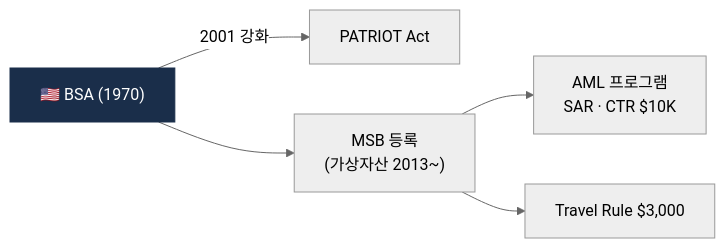
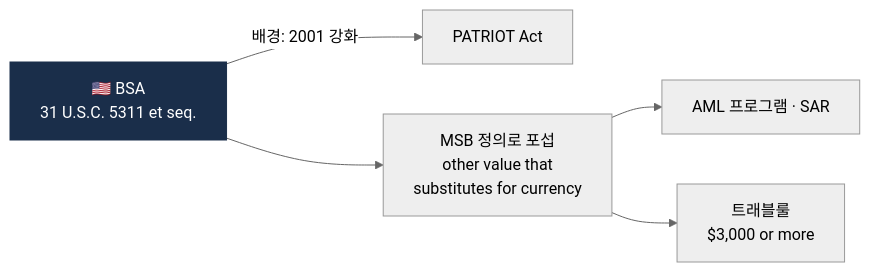
One commit to lala-david/aml-notes changed the first of 2 diagrams in curriculum/day_18.md. Above: the diagram before and after it, drawn with Mermaid (neutral theme). The commit also changed other lines of this file and 233 other files, not shown here.

````diff
--- a/curriculum/day_18.md
+++ b/curriculum/day_18.md
@@ -13,8 +13,8 @@
 ```mermaid
 flowchart LR
-    BSA["🇺🇸 BSA (1970)"] -->|2001 강화| P["PATRIOT Act"]
-    BSA --> M["MSB 등록<br/>(가상자산 2013~)"]
-    M --> R["AML 프로그램<br/>SAR · CTR $10K"]
-    M --> TR["Travel Rule $3,000"]
+    BSA["🇺🇸 BSA<br/>31 U.S.C. 5311 et seq."] -->|배경: 2001 강화| P["PATRIOT Act"]
+    BSA --> M["MSB 정의로 포섭<br/>other value that<br/>substitutes for currency"]
+    M --> R["AML 프로그램 · SAR"]
+    M --> TR["트래블룰<br/>$3,000 or more"]
     style BSA fill:#1a2e4a,color:#fff,stroke:#1a2e4a
 ```
````
